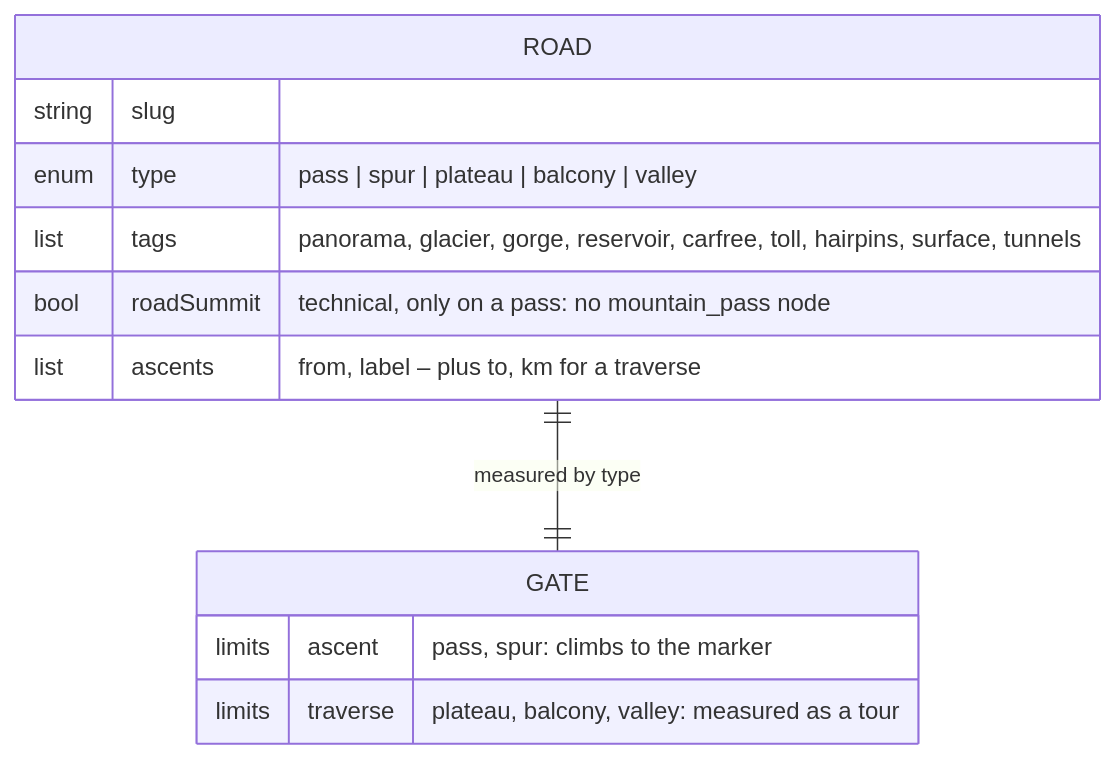
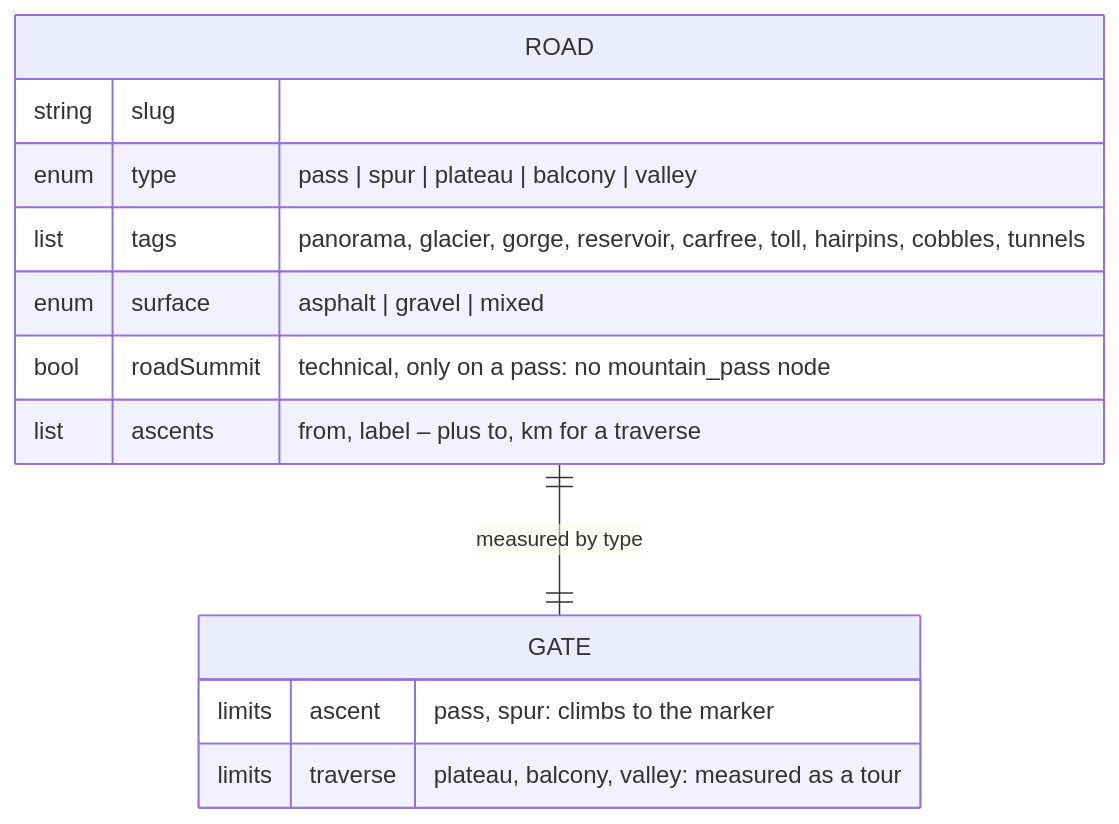
One commit to mdugue/alpen changed the second of 5 diagrams in docs/data-model.md. Above: the diagram before and after it, drawn with Mermaid. The commit also changed other lines of this file and 248 other files, not shown here.

First line of the commit message:
Open plans: tour seasons, toll notes, ranges, Pyrenees, destinations, real routes, gravel, English (#63)

````diff
--- a/docs/data-model.md
+++ b/docs/data-model.md
@@ -94,15 +134,16 @@
 ```mermaid
 erDiagram
   ROAD {
     string slug
     enum type "pass | spur | plateau | balcony | valley"
-    list tags "panorama, glacier, gorge, reservoir, carfree, toll, hairpins, surface, tunnels"
+    list tags "panorama, glacier, gorge, reservoir, carfree, toll, hairpins, cobbles, tunnels"
+    enum surface "asphalt | gravel | mixed"
     bool roadSummit "technical, only on a pass: no mountain_pass node"
     list ascents "from, label – plus to, km for a traverse"
   }
   GATE {
     limits ascent "pass, spur: climbs to the marker"
     limits traverse "plateau, balcony, valley: measured as a tour"
   }
   ROAD ||--|| GATE : "measured by type"
 ```
````
